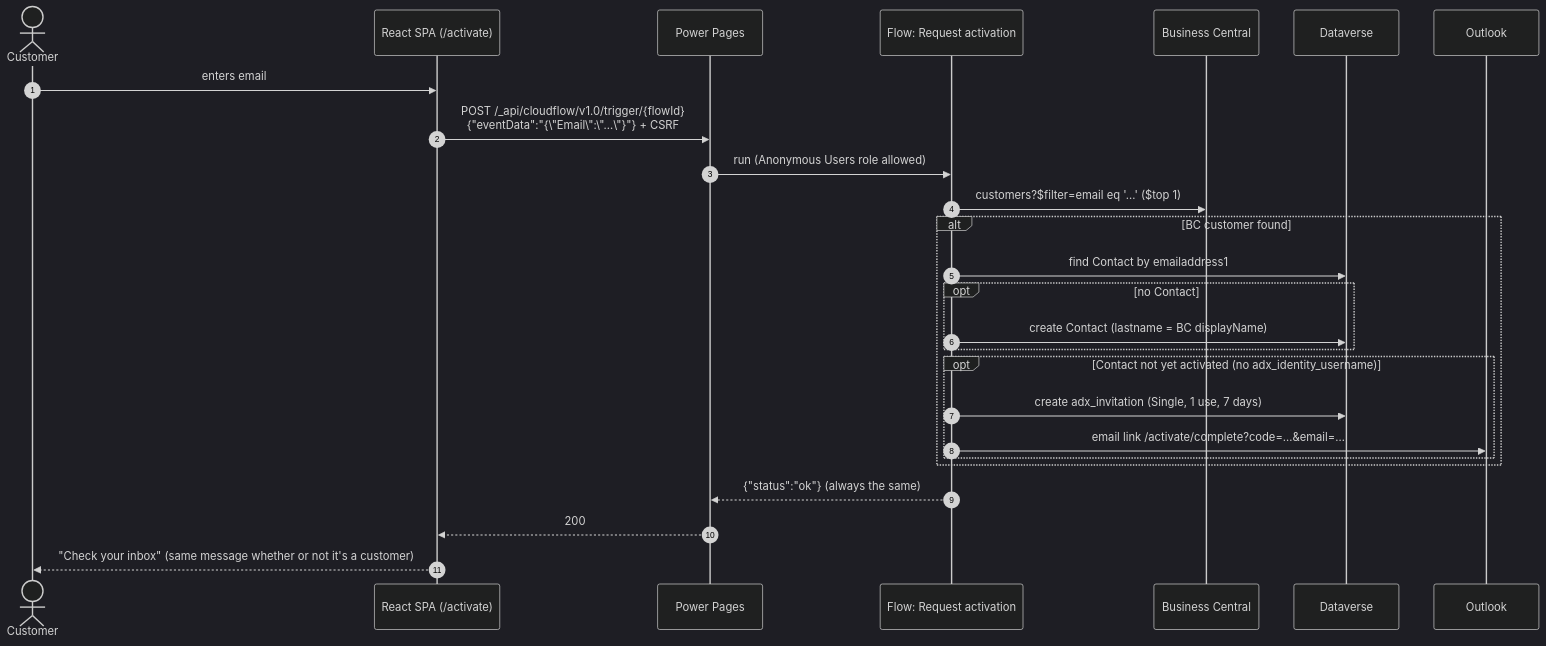
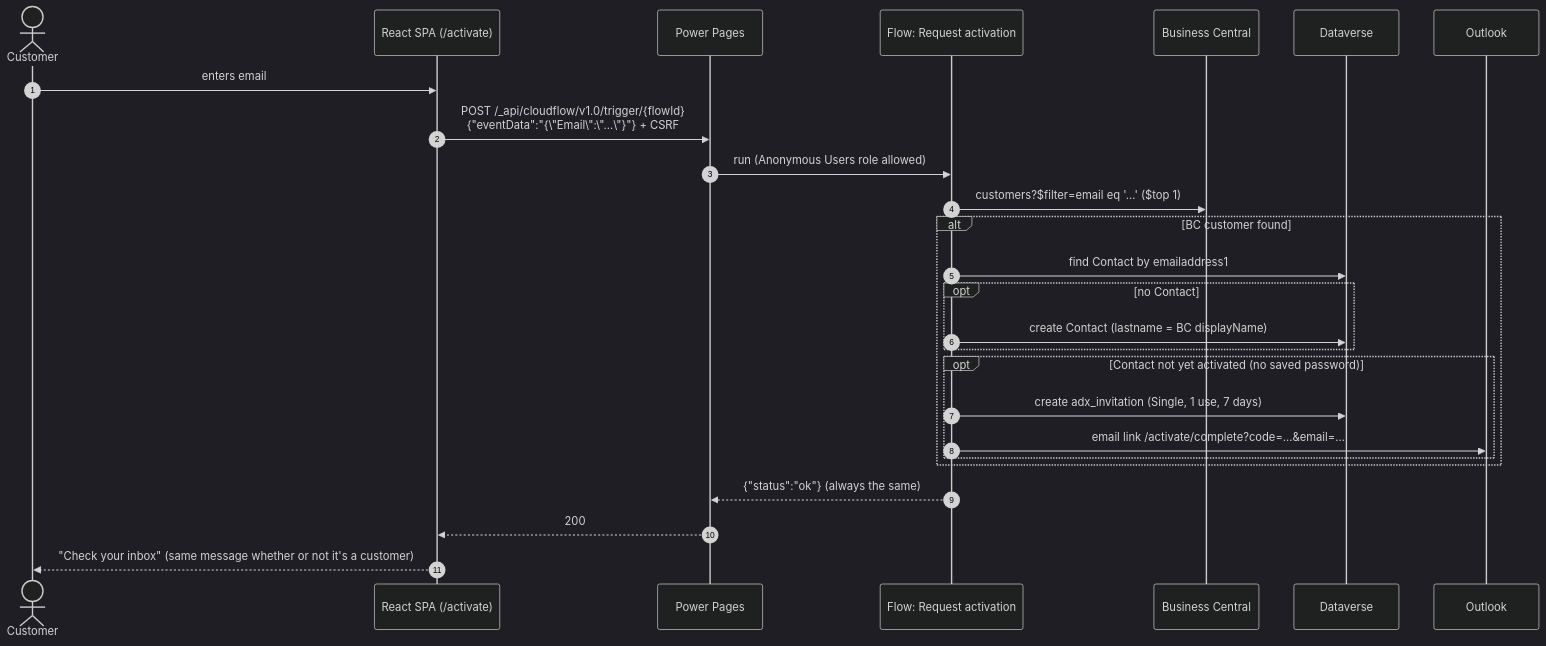
The first of 2 diagrams in docs/Concreat_Hub_Registration_Architecture.md (Cocong03/chp-portal), drawn with Mermaid (dark theme) before and after one commit. The commit also changed other lines of this file and 2 other files, not shown here.

Commit message:
S1-03: activation treats a contact as already active only with a saved password — a username left without one (link never completed) gets cleared and a new link, instead of a dead end where reset sends nothing

````diff
--- a/docs/Concreat_Hub_Registration_Architecture.md
+++ b/docs/Concreat_Hub_Registration_Architecture.md
@@ -26,29 +26,29 @@
 ```mermaid
 sequenceDiagram
   autonumber
   actor C as Customer
   participant SPA as React SPA (/activate)
   participant PP as Power Pages
   participant F as Flow: Request activation
   participant BC as Business Central
   participant DV as Dataverse
   participant M as Outlook
 
   C->>SPA: enters email
   SPA->>PP: POST /_api/cloudflow/v1.0/trigger/{flowId}<br/>{"eventData":"{\"Email\":\"…\"}"} + CSRF
   PP->>F: run (Anonymous Users role allowed)
   F->>BC: customers?$filter=email eq '…' ($top 1)
   alt BC customer found
     F->>DV: find Contact by emailaddress1
     opt no Contact
       F->>DV: create Contact (lastname = BC displayName)
     end
-    opt Contact not yet activated (no adx_identity_username)
+    opt Contact not yet activated (no saved password)
       F->>DV: create adx_invitation (Single, 1 use, 7 days)
       F->>M: email link /activate/complete?code=…&email=…
     end
   end
   F-->>PP: {"status":"ok"} (always the same)
   PP-->>SPA: 200
   SPA-->>C: "Check your inbox" (same message whether or not it's a customer)
 ```
````
